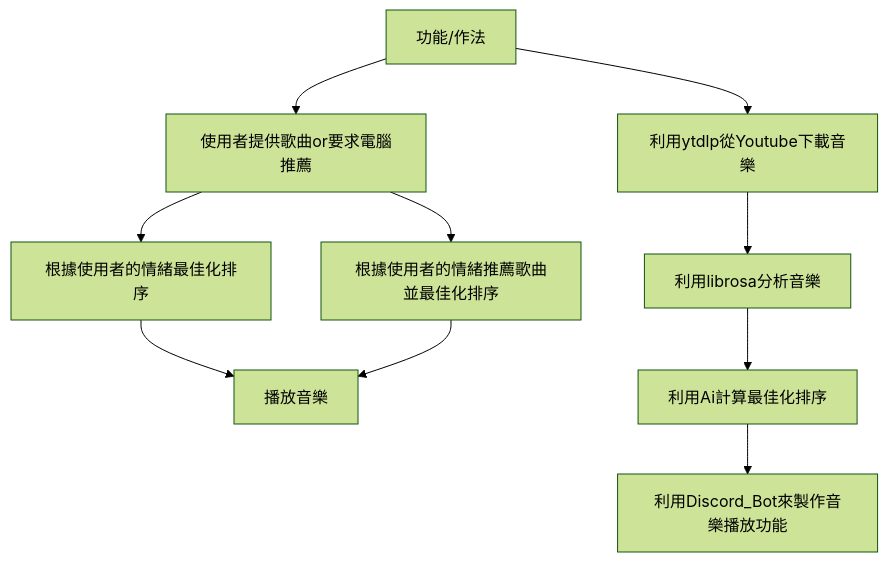
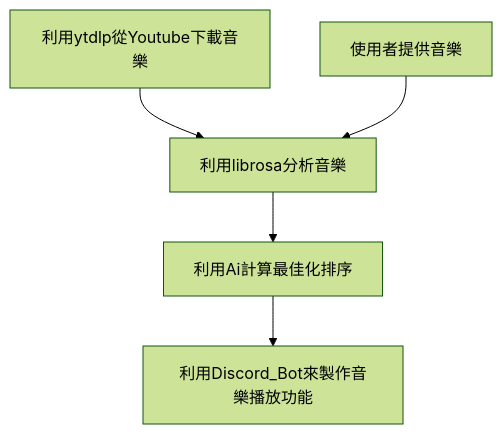
The second of 3 diagrams in README.md (Linzihhhh/YTP_project_1322), drawn with Mermaid (forest theme) before and after one commit. The commit also changed other lines of this file, not shown here.

````diff
--- a/README.md
+++ b/README.md
@@ -40,12 +51,8 @@
 ```mermaid
 graph TD;
-功能/作法 --> 使用者提供歌曲or要求電腦推薦;
-使用者提供歌曲or要求電腦推薦 --> 根據使用者的情緒最佳化排序;
-使用者提供歌曲or要求電腦推薦 --> 根據使用者的情緒推薦歌曲並最佳化排序;
-根據使用者的情緒最佳化排序 --> 播放音樂;
-根據使用者的情緒推薦歌曲並最佳化排序 --> 播放音樂;
-功能/作法 --> 利用ytdlp從Youtube下載音樂;
 利用ytdlp從Youtube下載音樂 --> 利用librosa分析音樂;
+使用者提供音樂 -->利用librosa分析音樂;
 利用librosa分析音樂 --> 利用Ai計算最佳化排序;
 利用Ai計算最佳化排序 --> 利用Discord_Bot來製作音樂播放功能
+
 ```
````
